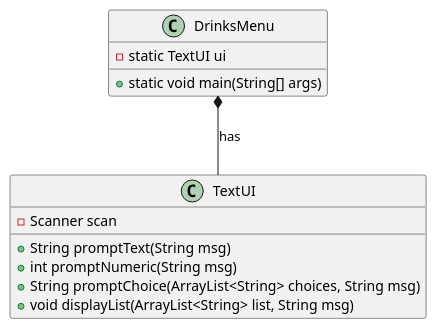
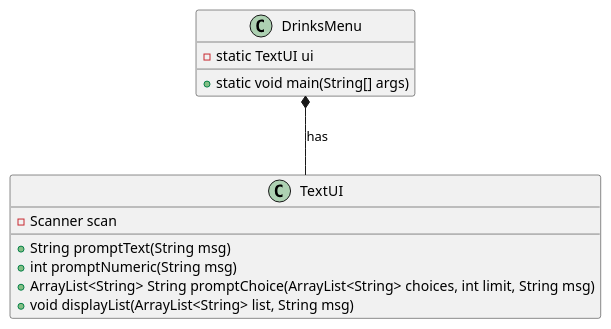
The diagram in doc/TextUIclassdiagram.puml (Eligoon/DrinksMenu), drawn with PlantUML before and after one commit.

Commit message:
added limit paramter to promptChoices

```diff
--- a/doc/TextUIclassdiagram.puml
+++ b/doc/TextUIclassdiagram.puml
@@ -1,20 +1,20 @@
 @startuml
 
 class TextUI {
 - Scanner scan
 ' shows a message and returns the user's input as a String
 + String promptText(String msg)
 ' shows a message and returns the user's input as an integer
 + int promptNumeric(String msg)
-' shows a message, lists the content of a list and returns the user's choice
-+ String promptChoice(ArrayList<String> choices, String msg)
+' shows the options, promts for choices until limit is reached, and returns the user's choices as a list
++ ArrayList<String> String promptChoice(ArrayList<String> choices, int limit, String msg)
 ' shows a message and lists the content of a list
 + void displayList(ArrayList<String> list, String msg)
 }
 
 class DrinksMenu {
 - static TextUI ui
 + static void main(String[] args)
 }
 DrinksMenu *-- TextUI: has
 @endumluml
```
